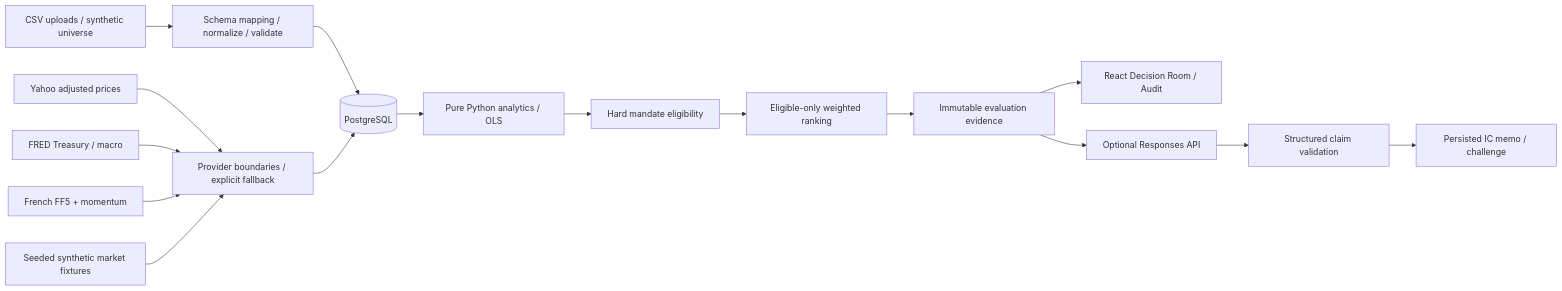
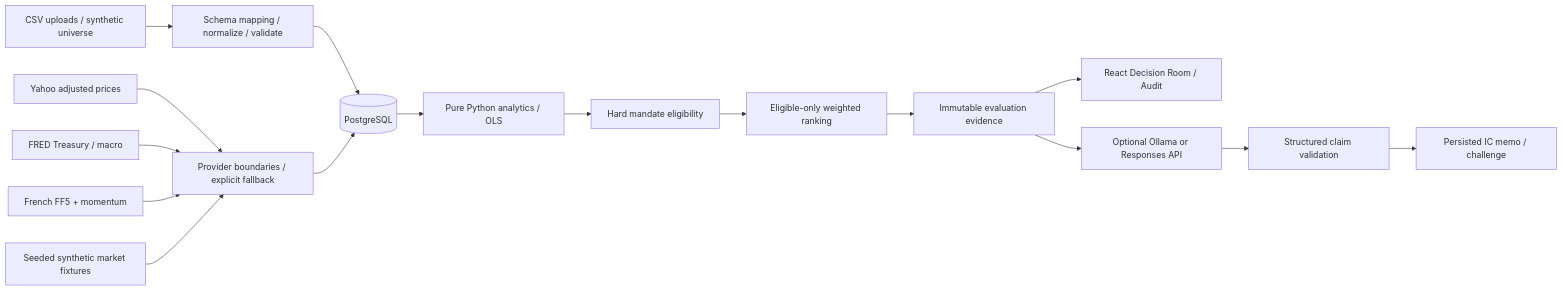
Before and after one commit to abhishekreddy1206/allocator-ic-copilot: the diagram in README.md, drawn with Mermaid. The commit also changed other lines of this file and 20 other files, not shown here.

````diff
--- a/README.md
+++ b/README.md
@@ -71,18 +89,18 @@
 ```mermaid
 flowchart LR
     CSV[CSV uploads / synthetic universe] --> Ingest[Schema mapping / normalize / validate]
     Ingest --> PG[(PostgreSQL)]
     Yahoo[Yahoo adjusted prices] --> Providers[Provider boundaries / explicit fallback]
     FRED[FRED Treasury / macro] --> Providers
     French[French FF5 + momentum] --> Providers
     Cache[Seeded synthetic market fixtures] --> Providers
     Providers --> PG
     PG --> Finance[Pure Python analytics / OLS]
     Finance --> Gates[Hard mandate eligibility]
     Gates --> Rank[Eligible-only weighted ranking]
     Rank --> Evidence[Immutable evaluation evidence]
     Evidence --> UI[React Decision Room / Audit]
-    Evidence --> LLM[Optional Responses API]
+    Evidence --> LLM[Optional Ollama or Responses API]
     LLM --> Validate[Structured claim validation]
     Validate --> Memo[Persisted IC memo / challenge]
 ```
````
